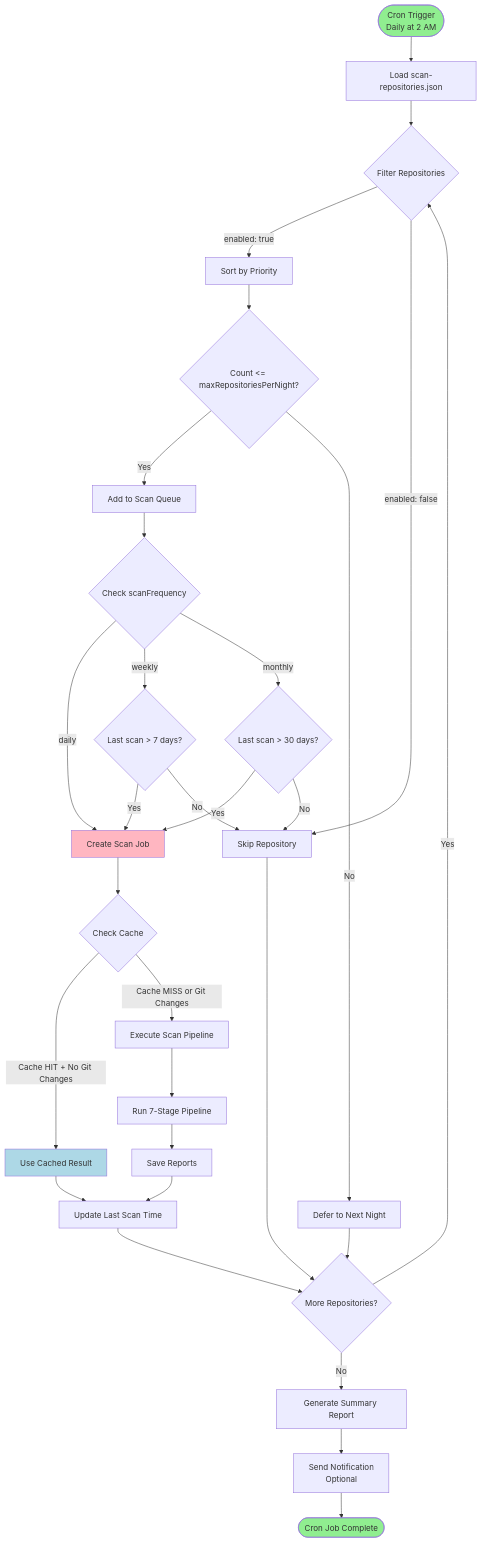
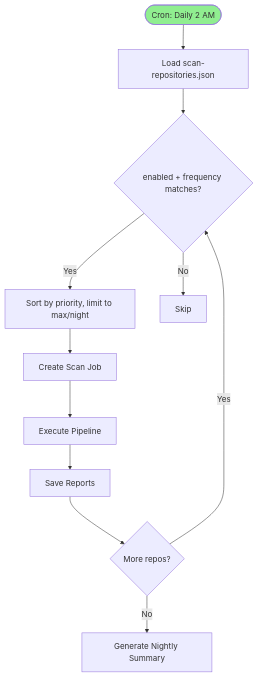
The seventh of 7 diagrams in docs/dashboard_ui/DATAFLOW_DIAGRAMS.md (integritystudio/AlephAuto), drawn with Mermaid before and after one commit. The commit also changed other lines of this file and 1 other file, not shown here.

First line of the commit message:
docs(dashboard): condense DASHBOARD.md and DATAFLOW_DIAGRAMS.md, add changelog

````diff
--- a/docs/dashboard_ui/DATAFLOW_DIAGRAMS.md
+++ b/docs/dashboard_ui/DATAFLOW_DIAGRAMS.md
@@ -1324,48 +347,16 @@
 ```mermaid
 flowchart TB
-    START([Cron Trigger<br/>Daily at 2 AM]) --> LOAD[Load scan-repositories.json]
+    START([Cron: Daily 2 AM]) --> LOAD[Load scan-repositories.json]
+    LOAD --> FILTER{enabled + frequency matches?}
+    FILTER -->|Yes| PRIORITY[Sort by priority, limit to max/night]
+    FILTER -->|No| SKIP[Skip]
 
-    LOAD --> FILTER{Filter Repositories}
-    FILTER -->|enabled: true| PRIORITY[Sort by Priority]
-    FILTER -->|enabled: false| SKIP[Skip Repository]
-
-    PRIORITY --> LIMIT{Count <= maxRepositoriesPerNight?}
-    LIMIT -->|Yes| QUEUE[Add to Scan Queue]
-    LIMIT -->|No| DEFER[Defer to Next Night]
-
-    QUEUE --> CHECK_FREQ{Check scanFrequency}
-    CHECK_FREQ -->|daily| SCAN
-    CHECK_FREQ -->|weekly| CHECK_WEEK{Last scan > 7 days?}
-    CHECK_FREQ -->|monthly| CHECK_MONTH{Last scan > 30 days?}
-
-    CHECK_WEEK -->|Yes| SCAN
-    CHECK_WEEK -->|No| SKIP
-
-    CHECK_MONTH -->|Yes| SCAN
-    CHECK_MONTH -->|No| SKIP
-
-    SCAN[Create Scan Job] --> CACHE{Check Cache}
-    CACHE -->|Cache HIT + No Git Changes| USE_CACHE[Use Cached Result]
-    CACHE -->|Cache MISS or Git Changes| RUN[Execute Scan Pipeline]
-
-    RUN --> STAGES[Run 7-Stage Pipeline]
-    STAGES --> SAVE[Save Reports]
-    SAVE --> UPDATE[Update Last Scan Time]
-
-    USE_CACHE --> UPDATE
-    UPDATE --> NEXT{More Repositories?}
-
+    PRIORITY --> SCAN[Create Scan Job]
+    SCAN --> RUN[Execute Pipeline]
+    RUN --> SAVE[Save Reports]
+    SAVE --> NEXT{More repos?}
     NEXT -->|Yes| FILTER
-    NEXT -->|No| SUMMARY[Generate Summary Report]
-
-    SUMMARY --> NOTIFY[Send Notification<br/>Optional]
-    NOTIFY --> END([Cron Job Complete])
-
-    SKIP --> NEXT
-    DEFER --> NEXT
+    NEXT -->|No| SUMMARY[Generate Nightly Summary]
 
     style START fill:#90EE90
-    style END fill:#90EE90
-    style SCAN fill:#FFB6C1
-    style USE_CACHE fill:#ADD8E6
 ```
````
